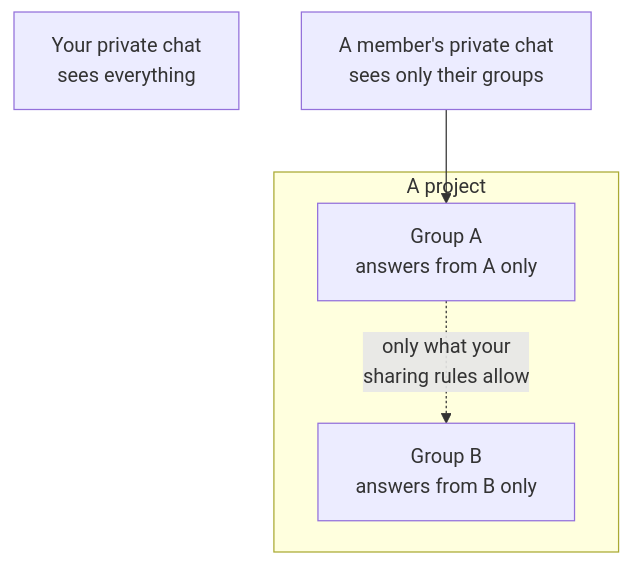
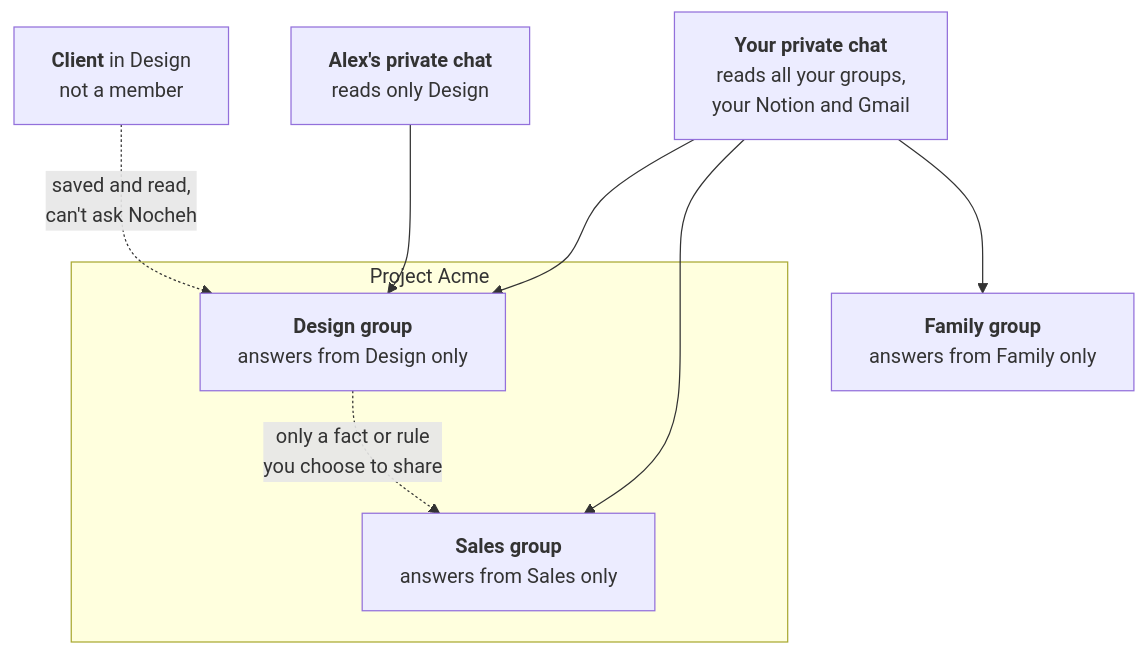
The third of 3 diagrams in README.md (PlaygrndLabs/nocheh), drawn with Mermaid before and after one commit. The commit also changed other lines of this file, not shown here.

First line of the commit message:
docs(readme): add back feature list, setup steps and a fuller who-sees-what example

````diff
--- a/README.md
+++ b/README.md
@@ -42,10 +72,16 @@
 ```mermaid
 flowchart TB
-  OWNER["Your private chat<br/>sees everything"]
-  subgraph PROJ["A project"]
-    GA["Group A<br/>answers from A only"]
-    GB["Group B<br/>answers from B only"]
+  YOU["<b>Your private chat</b><br/>reads all your groups,<br/>your Notion and Gmail"]
+  subgraph ACME["Project Acme"]
+    DES["<b>Design group</b><br/>answers from Design only"]
+    SAL["<b>Sales group</b><br/>answers from Sales only"]
   end
-  GA -. "only what your<br/>sharing rules allow" .-> GB
-  MEMBER["A member's private chat<br/>sees only their groups"] --> GA
+  FAM["<b>Family group</b><br/>answers from Family only"]
+  ALEX["<b>Alex's private chat</b><br/>reads only Design"]
+  CLIENT["<b>Client</b> in Design<br/>not a member"]
+
+  YOU --> DES & SAL & FAM
+  ALEX --> DES
+  DES -. "only a fact or rule<br/>you choose to share" .-> SAL
+  CLIENT -. "saved and read,<br/>can't ask Nocheh" .-> DES
 ```
````
